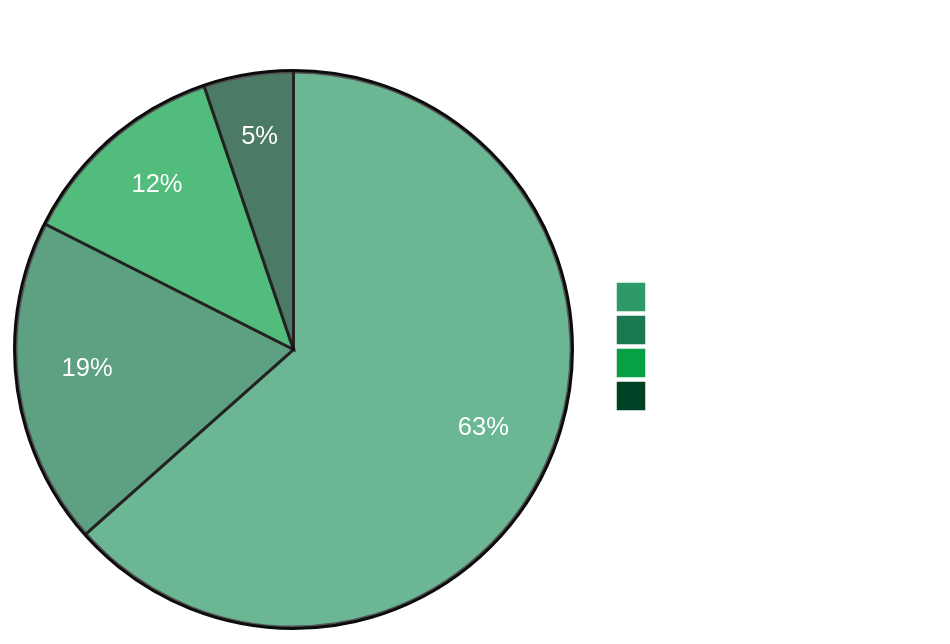
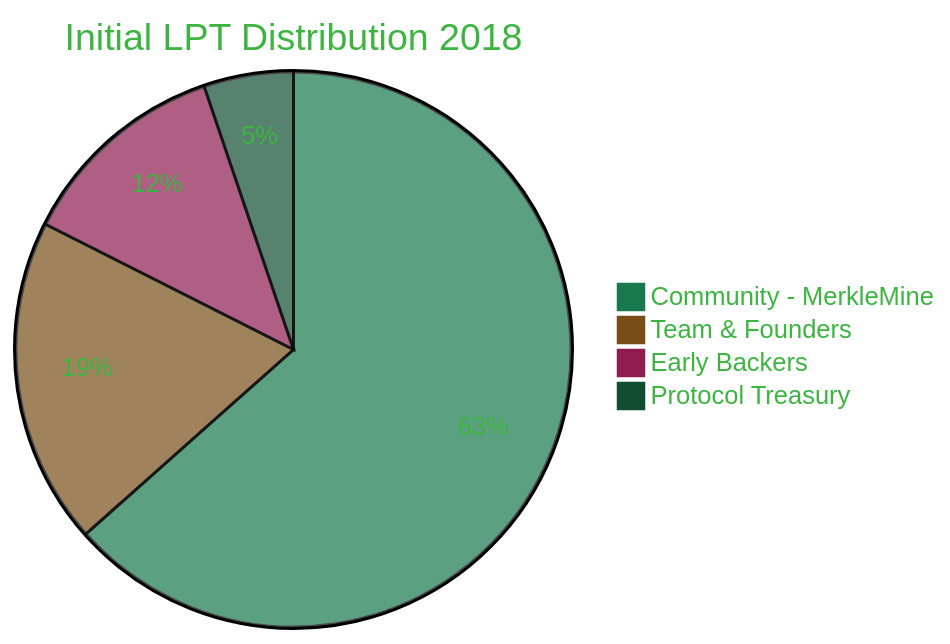
One commit to its-DeFine/docs changed the first of 2 diagrams in v2/about/protocol/livepeer-token.mdx. Above: the diagram before and after it, drawn with Mermaid. The commit also changed other lines of this file and 87 other files, not shown here.

````diff
--- a/v2/about/protocol/livepeer-token.mdx
+++ b/v2/about/protocol/livepeer-token.mdx
@@ -117,8 +117,8 @@
    ```mermaid
-   %%{init: {'theme': 'base', 'themeVariables': { 'primaryColor': '#1a1a1a', 'primaryTextColor': '#fff', 'primaryBorderColor': '#2d9a67', 'lineColor': '#2d9a67', 'secondaryColor': '#0d0d0d', 'tertiaryColor': '#1a1a1a', 'background': '#0d0d0d', 'fontFamily': 'system-ui', 'pieStrokeColor': '#0d0d0d', 'pieOuterStrokeColor': '#0d0d0d', 'pieSectionTextColor': '#fff', 'pieLegendTextColor': '#fff', 'pieTitleTextColor': '#fff', 'pie1': '#2d9a67', 'pie2': '#1a794e', 'pie3': '#08a045', 'pie4': '#004225' }}}%%
+   %%{init: {'theme': 'base', 'themeVariables': {'primaryColor': '#18794E', 'primaryTextColor': '#fff', 'primaryBorderColor': '#3CB540', 'lineColor': '#3CB540', 'mainBkg': '#18794E', 'nodeBorder': '#3CB540', 'clusterBkg': 'transparent', 'clusterBorder': '#3CB540', 'titleColor': '#3CB540', 'edgeLabelBackground': 'transparent', 'textColor': '#3CB540', 'nodeTextColor': '#fff'}}}%%
    pie title Initial LPT Distribution 2018
    "Community - MerkleMine" : 63.44
    "Team & Founders" : 19.00
    "Early Backers" : 12.35
    "Protocol Treasury" : 5.21
    ```
````
